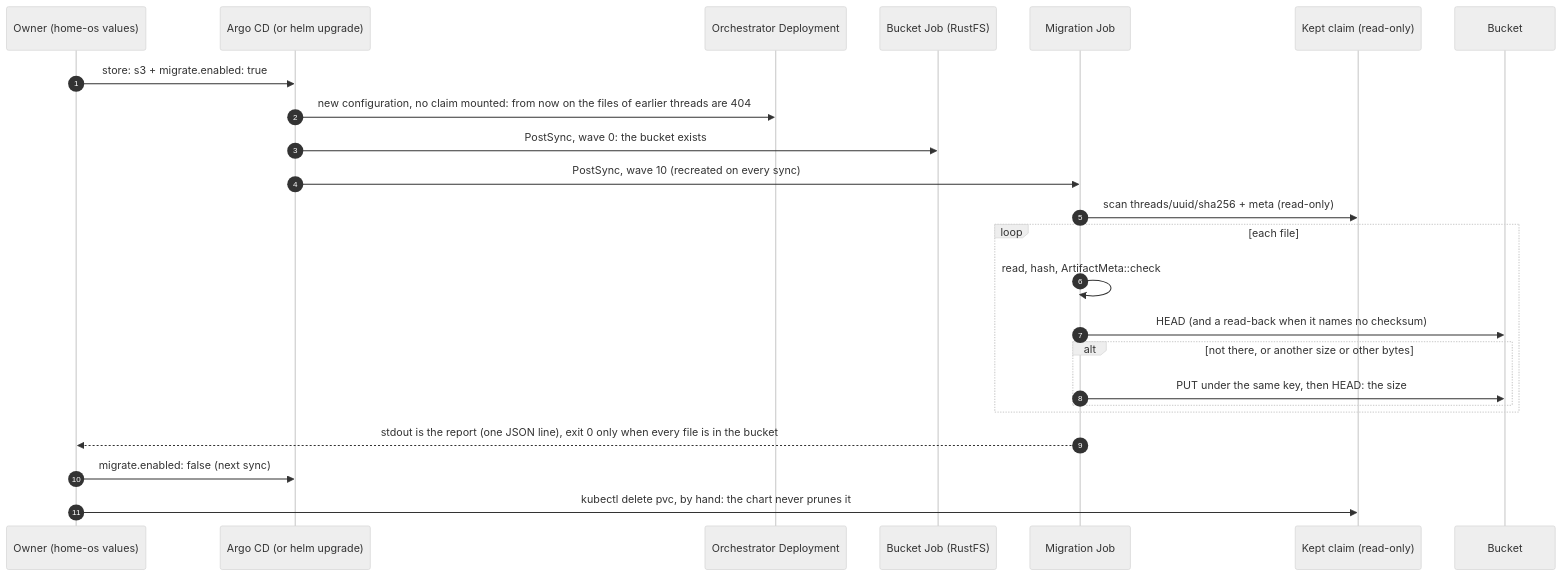
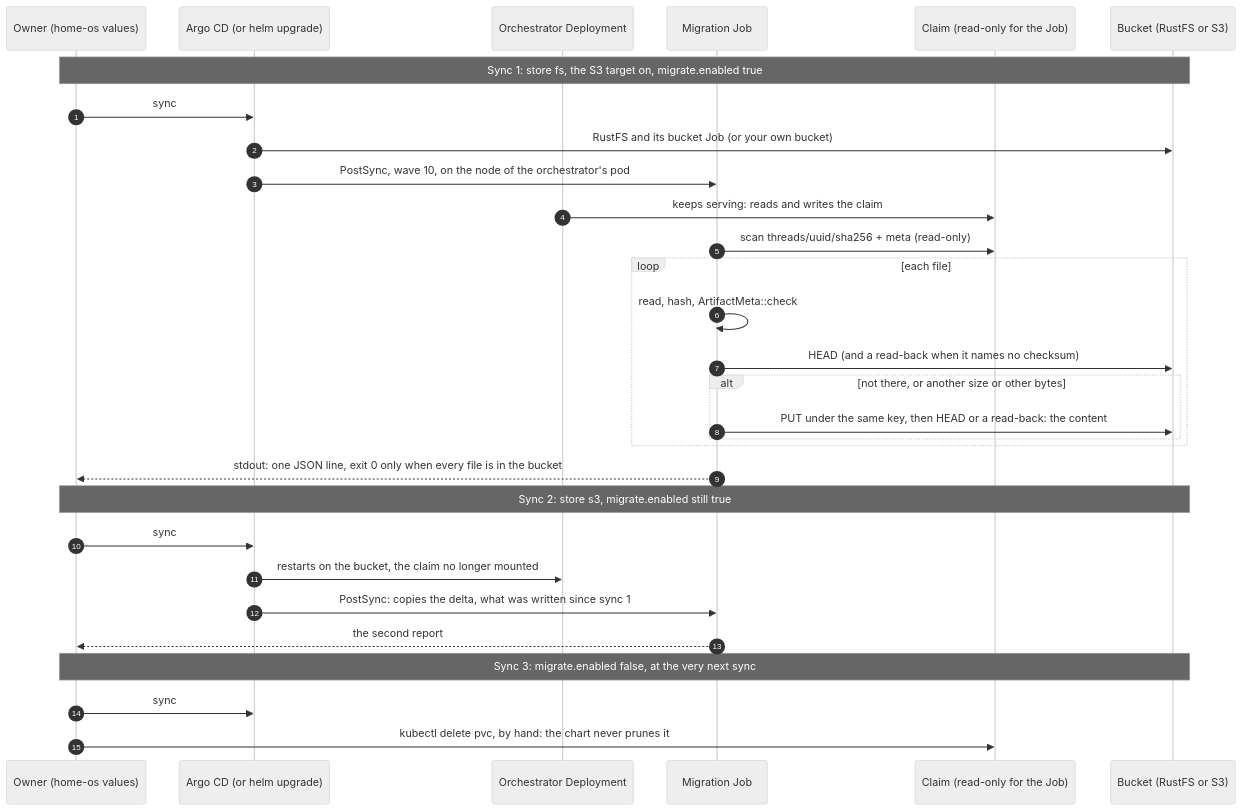
One commit to vymalo/another-agentic-system changed diagram 16 of 17 in deploy/chart/README.md. Above: the diagram before and after it, drawn with Mermaid (neutral theme). The commit also changed other lines of this file and 13 other files, not shown here.

````diff
--- a/deploy/chart/README.md
+++ b/deploy/chart/README.md
@@ -889,26 +897,32 @@
 ```mermaid
 sequenceDiagram
   autonumber
   participant O as Owner (home-os values)
   participant A as Argo CD (or helm upgrade)
   participant D as Orchestrator Deployment
-  participant B as Bucket Job (RustFS)
   participant M as Migration Job
-  participant V as Kept claim (read-only)
-  participant S as Bucket
-  O->>A: store: s3 + migrate.enabled: true
-  A->>D: new configuration, no claim mounted: from now on the files of earlier threads are 404
-  A->>B: PostSync, wave 0: the bucket exists
-  A->>M: PostSync, wave 10 (recreated on every sync)
+  participant V as Claim (read-only for the Job)
+  participant S as Bucket (RustFS or S3)
+  Note over O,S: Sync 1: store fs, the S3 target on, migrate.enabled true
+  O->>A: sync
+  A->>S: RustFS and its bucket Job (or your own bucket)
+  A->>M: PostSync, wave 10, on the node of the orchestrator's pod
+  D->>V: keeps serving: reads and writes the claim
   M->>V: scan threads/uuid/sha256 + meta (read-only)
   loop each file
     M->>M: read, hash, ArtifactMeta::check
     M->>S: HEAD (and a read-back when it names no checksum)
     alt not there, or another size or other bytes
-      M->>S: PUT under the same key, then HEAD: the size
+      M->>S: PUT under the same key, then HEAD or a read-back: the content
     end
   end
-  M-->>O: stdout is the report (one JSON line), exit 0 only when every file is in the bucket
-  O->>A: migrate.enabled: false (next sync)
+  M-->>O: stdout: one JSON line, exit 0 only when every file is in the bucket
+  Note over O,S: Sync 2: store s3, migrate.enabled still true
+  O->>A: sync
+  A->>D: restarts on the bucket, the claim no longer mounted
+  A->>M: PostSync: copies the delta, what was written since sync 1
+  M-->>O: the second report
+  Note over O,S: Sync 3: migrate.enabled false, at the very next sync
+  O->>A: sync
   O->>V: kubectl delete pvc, by hand: the chart never prunes it
 ```
````
